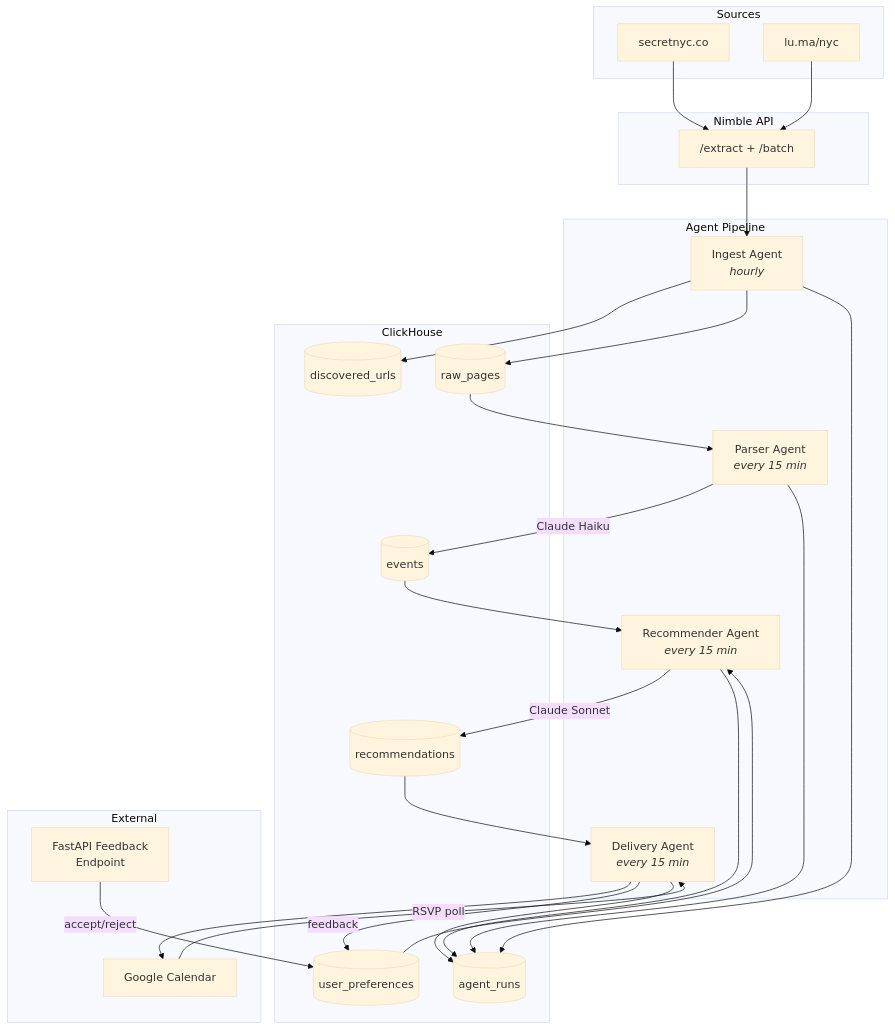
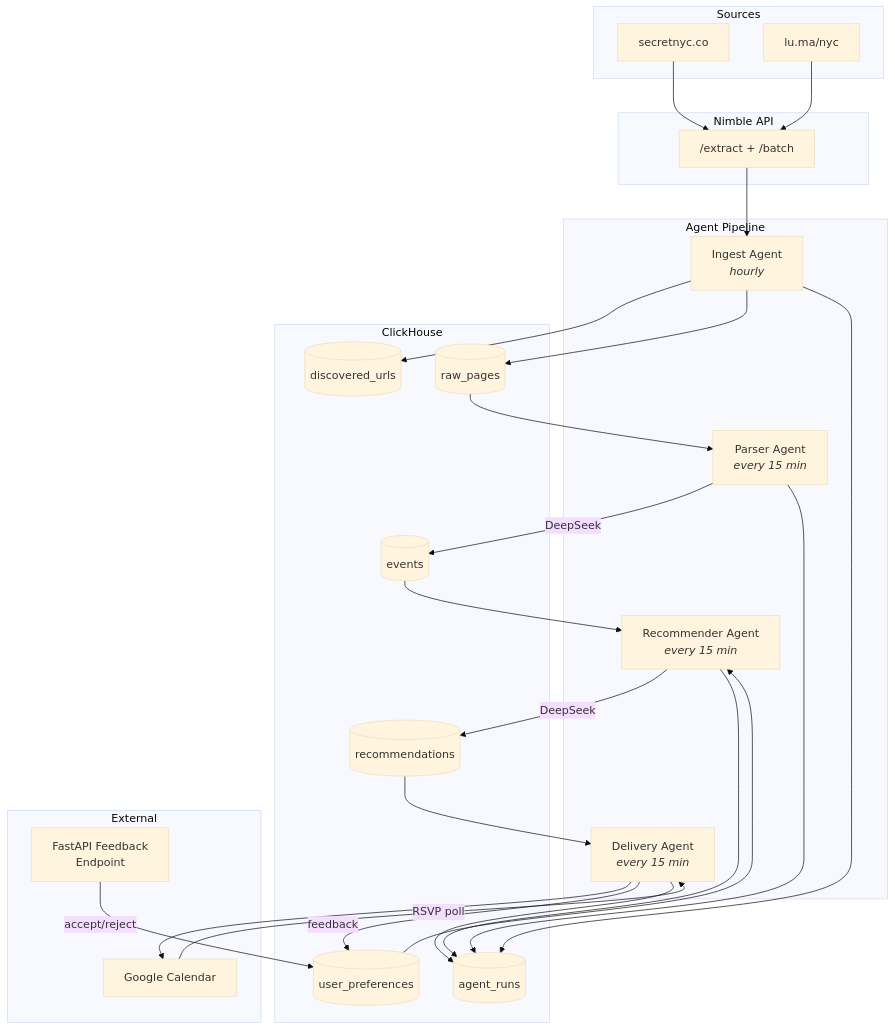
Before and after one commit to palc2/event-recommender: the first of 5 diagrams in README.md, drawn with Mermaid (base theme). The commit also changed other lines of this file and 15 other files, not shown here.

````diff
--- a/README.md
+++ b/README.md
@@ -9,52 +9,52 @@
 ```mermaid
 graph TD
     subgraph Sources
         S1[secretnyc.co]
         S2[lu.ma/nyc]
     end
 
     subgraph "Nimble API"
         N["/extract + /batch"]
     end
 
     subgraph "Agent Pipeline"
         A1["Ingest Agent<br/><i>hourly</i>"]
         A2["Parser Agent<br/><i>every 15 min</i>"]
         A3["Recommender Agent<br/><i>every 15 min</i>"]
         A4["Delivery Agent<br/><i>every 15 min</i>"]
     end
 
     subgraph "ClickHouse"
         T1[(discovered_urls)]
         T2[(raw_pages)]
         T3[(events)]
         T4[(user_preferences)]
         T5[(recommendations)]
         T6[(agent_runs)]
     end
 
     subgraph "External"
         GC[Google Calendar]
         FB[FastAPI Feedback<br/>Endpoint]
     end
 
     S1 --> N
     S2 --> N
     N --> A1
     A1 --> T1
     A1 --> T2
     T2 --> A2
-    A2 -->|"Claude Haiku"| T3
+    A2 -->|"DeepSeek"| T3
     T3 --> A3
     T4 --> A3
-    A3 -->|"Claude Sonnet"| T5
+    A3 -->|"DeepSeek"| T5
     T5 --> A4
     A4 --> GC
     GC -->|"RSVP poll"| A4
     FB -->|"accept/reject"| T4
     A4 -->|"feedback"| T4
     A1 --> T6
     A2 --> T6
     A3 --> T6
     A4 --> T6
 ```
````
